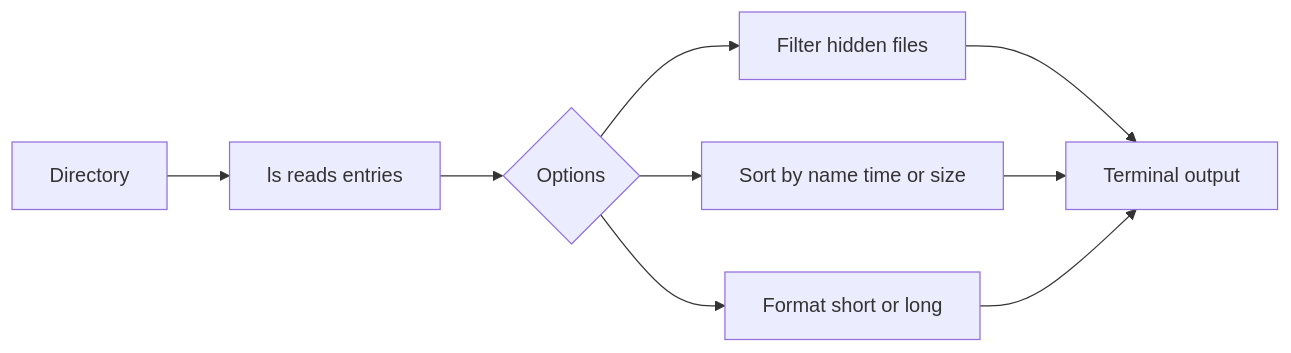
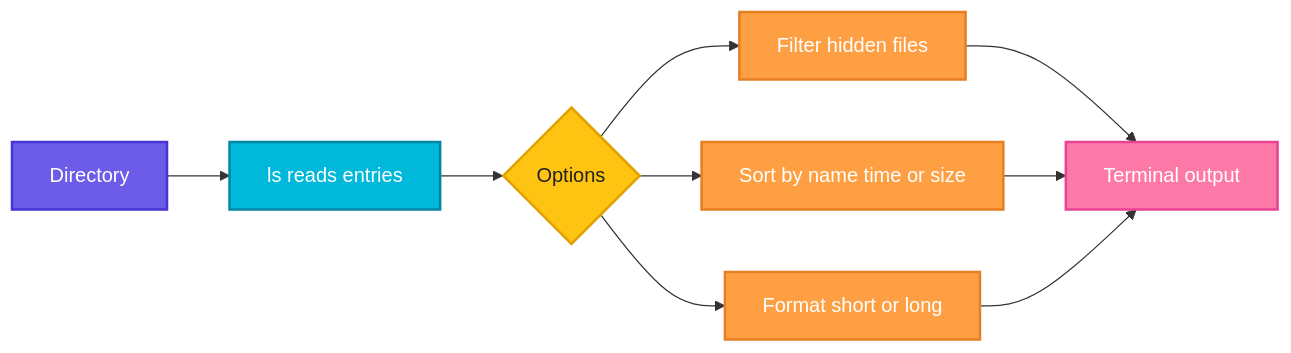
One commit to codeKerdosTech/DevOps-Documentation changed the diagram in linux/file-management/ls.md. Above: the diagram before and after it, drawn with Mermaid. The commit also changed 16 other files, not shown here.

````diff
--- a/linux/file-management/ls.md
+++ b/linux/file-management/ls.md
@@ -14,11 +14,23 @@
 ```mermaid
 flowchart LR
     A[Directory] --> B[ls reads entries]
     B --> C{Options}
     C --> D[Filter hidden files]
     C --> E[Sort by name time or size]
     C --> F[Format short or long]
     D --> G[Terminal output]
     E --> G
     F --> G
+    classDef start fill:#6C5CE7,stroke:#4834D4,stroke-width:2px,color:#fff
+    classDef proc fill:#00B8D9,stroke:#0087A8,stroke-width:2px,color:#fff
+    classDef dec fill:#FFC312,stroke:#E1A100,stroke-width:2px,color:#222
+    classDef ok fill:#2ECC71,stroke:#1E8449,stroke-width:2px,color:#fff
+    classDef err fill:#FF4757,stroke:#C0392B,stroke-width:2px,color:#fff
+    classDef out fill:#FD79A8,stroke:#E84393,stroke-width:2px,color:#fff
+    classDef alt fill:#FF9F43,stroke:#E67E22,stroke-width:2px,color:#fff
+    class A start
+    class B proc
+    class C dec
+    class D,E,F alt
+    class G out
 ```
````
